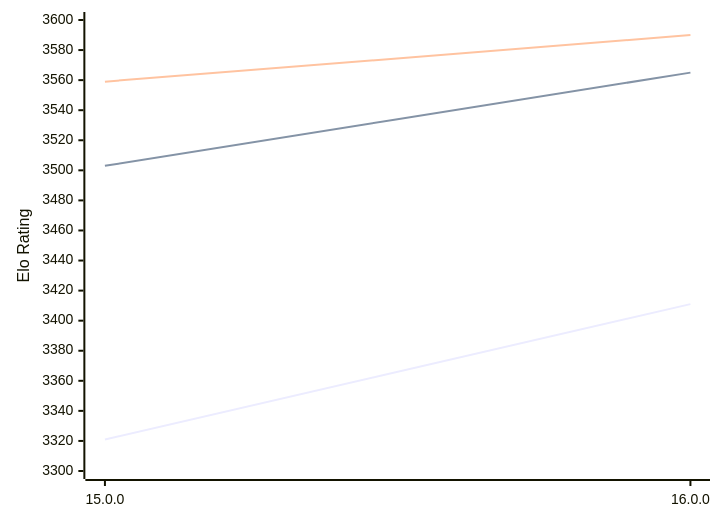
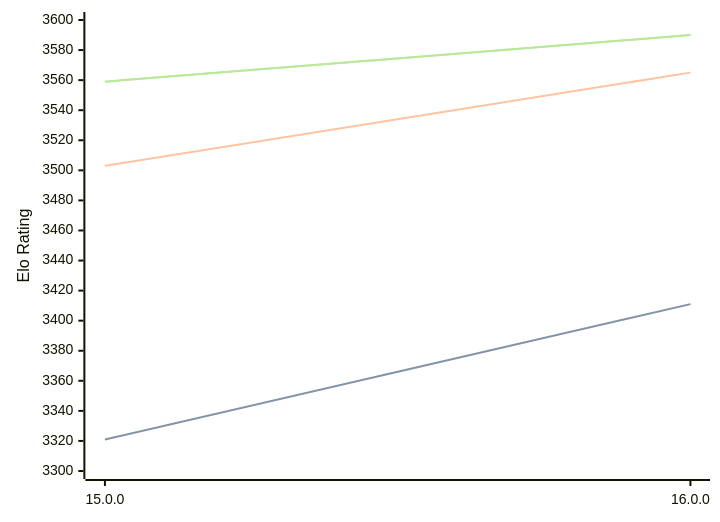
The diagram in engines/Halogen.md (computer-chess-index/cci), drawn with Mermaid before and after one commit. The commit also changed other lines of this file, not shown here.

Commit message:
Update CCI Ratings (ELO VLTC) - 2026-02-13

````diff
--- a/engines/Halogen.md
+++ b/engines/Halogen.md
@@ -47,9 +47,11 @@
 ```mermaid
 %%{init: {"theme":"base","themeVariables":{"seriesColors:['#a3a3a3','#222221','#faa371']}}}%%
 xychart-beta
   x-axis ["15.0.0", "16.0.0"]
   y-axis "Elo Rating" 3300 --> 3600
   line "STC (8.0+0.08s)" [3321, 3411]
+  line "STC (8.0+0.08s)" [3321, 3411]
   line "LTC (60.0+0.60s)" [3503, 3565]
   line "VLTC (2m24s+1.12s)" [3559, 3590]
+  line "VLTC (2m24s+1.12s)" [3559, 3590]
 ```
````
